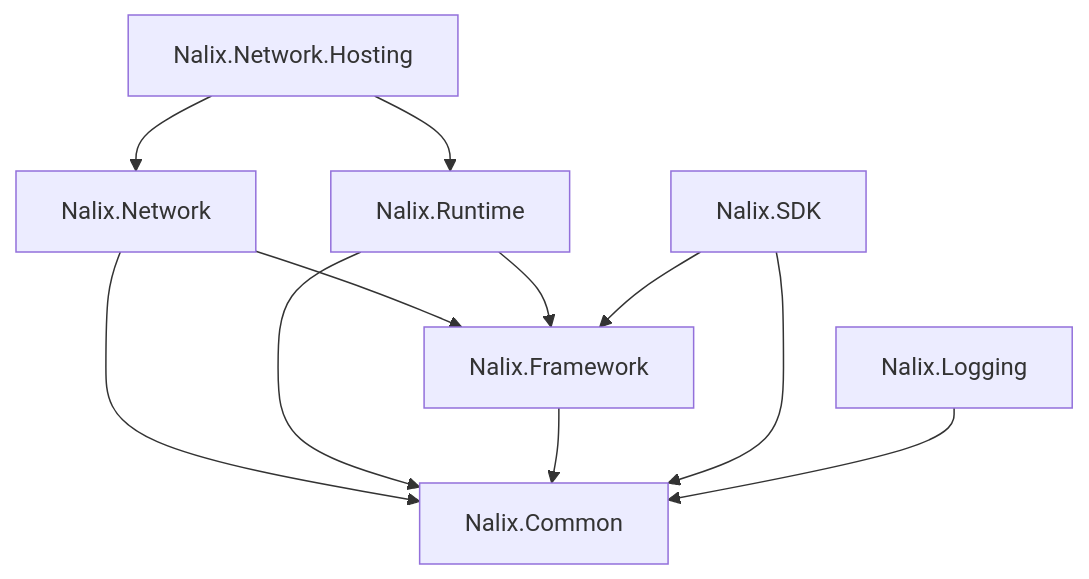
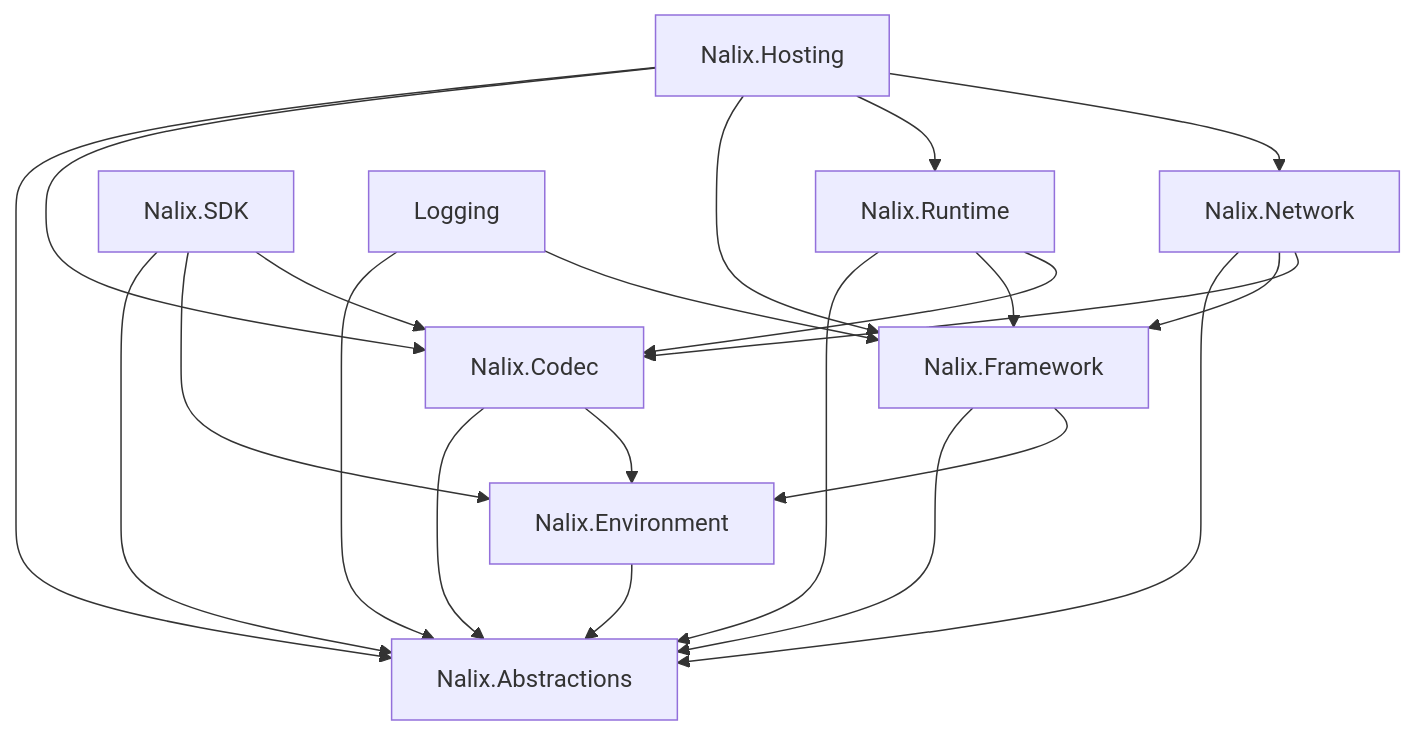
One commit to ppn-systems/Nalix changed the diagram in docs/packages/index.md. Above: the diagram before and after it, drawn with Mermaid. The commit also changed other lines of this file and 1038 other files, not shown here.

````diff
--- a/docs/packages/index.md
+++ b/docs/packages/index.md
@@ -23,18 +25,31 @@
 ```mermaid
 flowchart TD
-    Hosting["Nalix.Network.Hosting"] --> Network["Nalix.Network"]
+    Hosting["Nalix.Hosting"] --> Network["Nalix.Network"]
     Hosting --> Runtime["Nalix.Runtime"]
+    Hosting --> Framework["Nalix.Framework"]
+    Hosting --> Codec["Nalix.Codec"]
+    Hosting --> Abstractions["Nalix.Abstractions"]
 
-    Network --> Framework["Nalix.Framework"]
-    Network --> Common["Nalix.Common"]
+    Network --> Codec
+    Network --> Framework
+    Network --> Abstractions
 
+    Runtime --> Codec
     Runtime --> Framework
-    Runtime --> Common
+    Runtime --> Abstractions
 
-    Framework --> Common
+    SDK["Nalix.SDK"] --> Codec
+    SDK --> Environment["Nalix.Environment"]
+    SDK --> Abstractions
 
-    SDK["Nalix.SDK"] --> Framework
-    SDK --> Common
+    Framework --> Environment
+    Framework --> Abstractions
 
-    Logging["Nalix.Logging"] --> Common
+    Codec --> Environment
+    Codec --> Abstractions
+
+    Environment --> Abstractions
+
+    Logging --> Framework
+    Logging --> Abstractions
 ```
````
